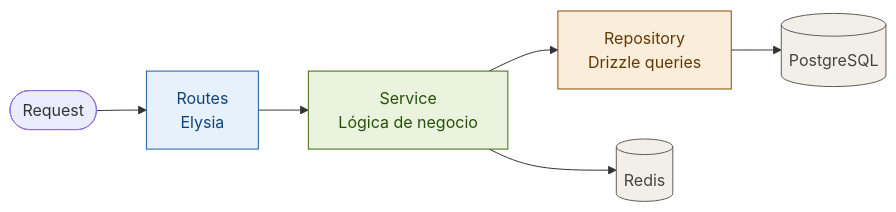
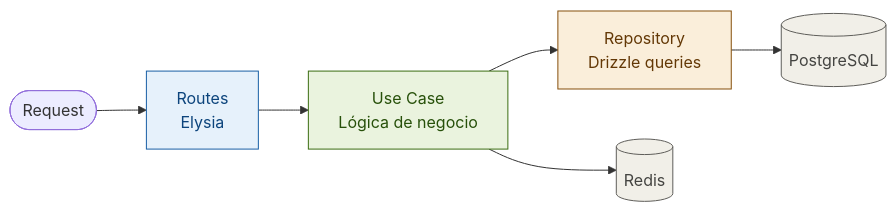
Before and after one commit to okalexiiis/4sports: the first of 5 diagrams in agent_docs/hitos/hitos-1-y-2.md, drawn with Mermaid. The commit also changed other lines of this file and 3 other files, not shown here.

````diff
--- a/agent_docs/hitos/hitos-1-y-2.md
+++ b/agent_docs/hitos/hitos-1-y-2.md
@@ -39,14 +39,14 @@
 ```mermaid
 flowchart LR
     A([Request]) --> B[Routes\nElysia]
-    B --> C[Service\nLógica de negocio]
+    B --> C[Use Case\nLógica de negocio]
     C --> D[Repository\nDrizzle queries]
     D --> E[(PostgreSQL)]
     C --> F[(Redis)]
 
     style B fill:#E6F1FB,stroke:#185FA5,color:#0C447C
     style C fill:#EAF3DE,stroke:#3B6D11,color:#27500A
     style D fill:#FAEEDA,stroke:#854F0B,color:#633806
     style E fill:#F1EFE8,stroke:#5F5E5A,color:#444441
     style F fill:#F1EFE8,stroke:#5F5E5A,color:#444441
 ```
````
